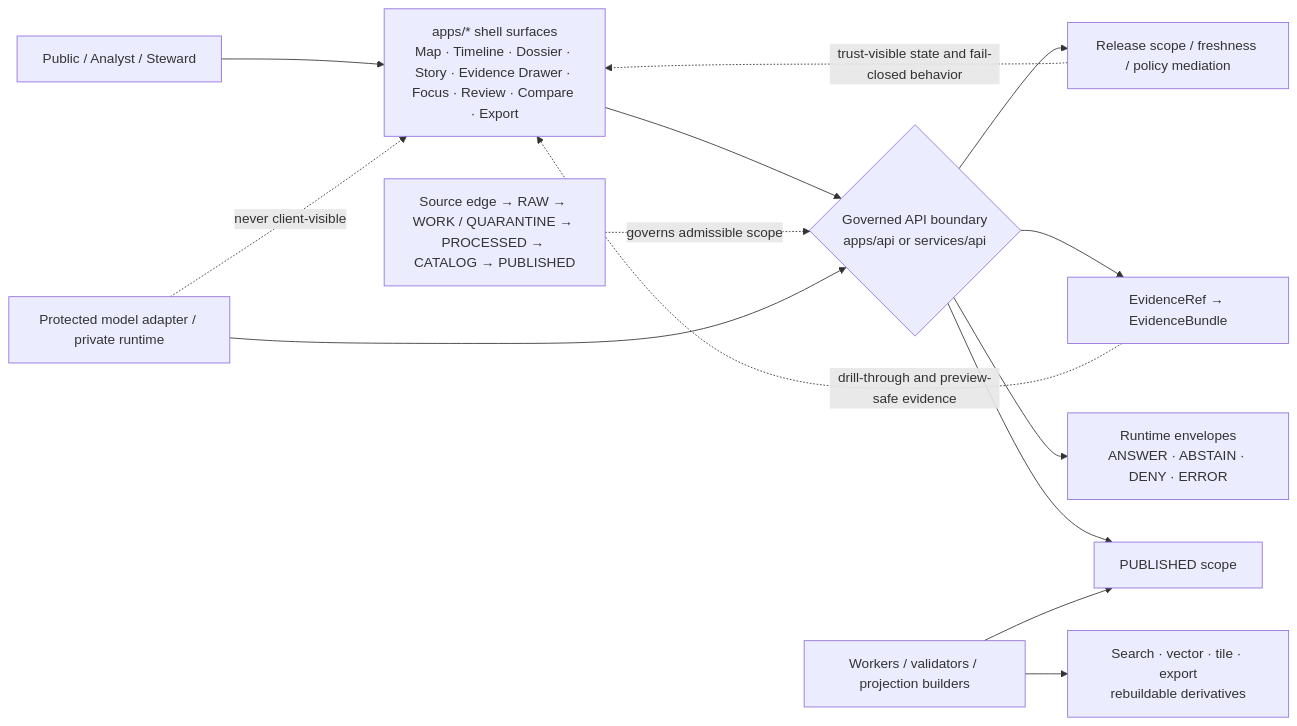
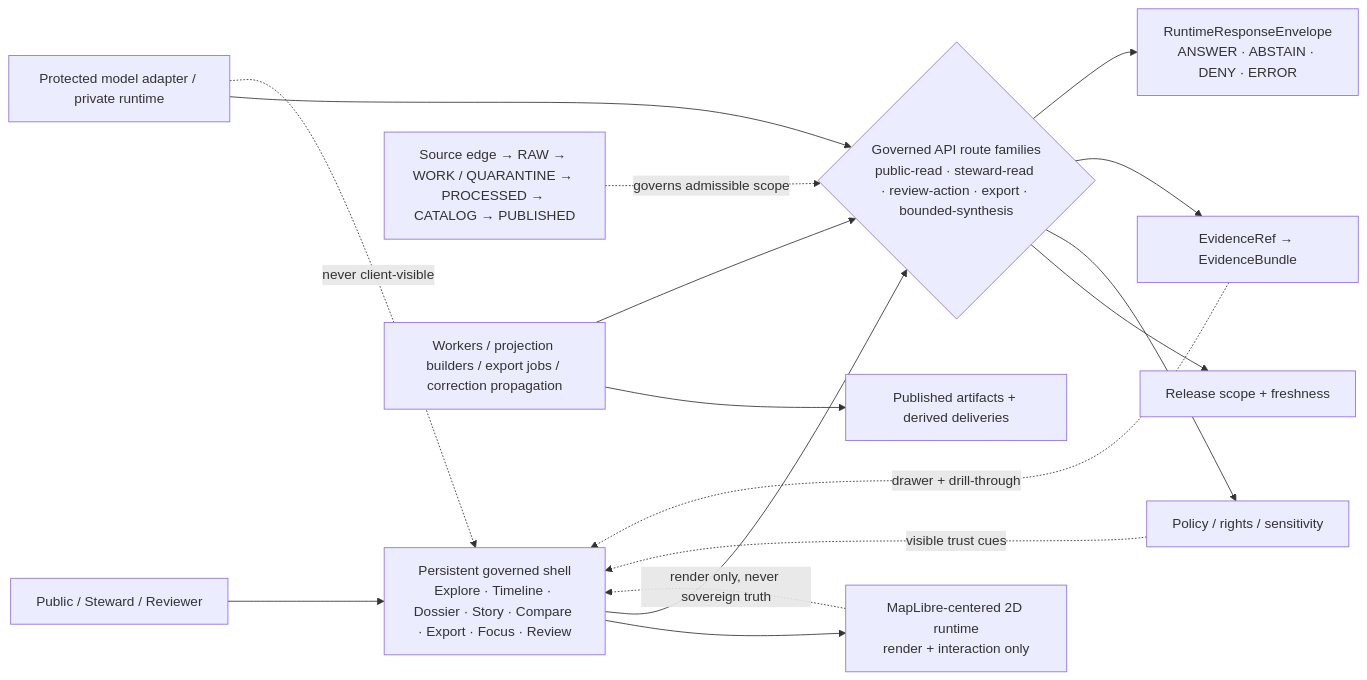
One commit to bartytime4life/Kansas-Frontier-Matrix changed the diagram in apps/README.md. Above: the diagram before and after it, drawn with Mermaid. The commit also changed other lines of this file, not shown here.

````diff
--- a/apps/README.md
+++ b/apps/README.md
@@ -313,23 +327,23 @@
 ```mermaid
 flowchart LR
-    User[Public / Analyst / Steward] --> Shell[apps/* shell surfaces<br/>Map · Timeline · Dossier · Story · Evidence Drawer · Focus · Review · Compare · Export]
+    User[Public / Steward / Reviewer] --> Shell[Persistent governed shell<br/>Explore · Timeline · Dossier · Story · Compare · Export · Focus · Review]
 
-    Shell --> API{Governed API boundary<br/>apps/api or services/api}
+    Shell --> MapRuntime[MapLibre-centered 2D runtime<br/>render + interaction only]
+    Shell --> API{Governed API route families<br/>public-read · steward-read · review-action · export · bounded-synthesis}
 
-    API --> Release[Release scope / freshness / policy mediation]
-    API --> Resolver[EvidenceRef → EvidenceBundle]
-    API --> Runtime[Runtime envelopes<br/>ANSWER · ABSTAIN · DENY · ERROR]
-    API --> Published[PUBLISHED scope]
+    API --> Release[Release scope + freshness]
+    API --> Policy[Policy / rights / sensitivity]
+    API --> Evidence[EvidenceRef → EvidenceBundle]
+    API --> Runtime[RuntimeResponseEnvelope<br/>ANSWER · ABSTAIN · DENY · ERROR]
 
-    Workers[Workers / validators / projection builders] --> Published
-    Workers --> Derived[Search · vector · tile · export<br/>rebuildable derivatives]
-
-    Canonical[Source edge → RAW → WORK / QUARANTINE → PROCESSED → CATALOG → PUBLISHED]
-    Canonical -. governs admissible scope .-> API
+    Canonical[Source edge → RAW → WORK / QUARANTINE → PROCESSED → CATALOG → PUBLISHED] -. governs admissible scope .-> API
+    Workers[Workers / projection builders / export jobs / correction propagation] --> Published[Published artifacts + derived deliveries]
+    Workers --> API
 
     Model[Protected model adapter / private runtime] --> API
     Model -. never client-visible .-> Shell
 
-    Resolver -. drill-through and preview-safe evidence .-> Shell
-    Release -. trust-visible state and fail-closed behavior .-> Shell
+    MapRuntime -. render only, never sovereign truth .-> Shell
+    Evidence -. drawer + drill-through .-> Shell
+    Policy -. visible trust cues .-> Shell
 ```
````
